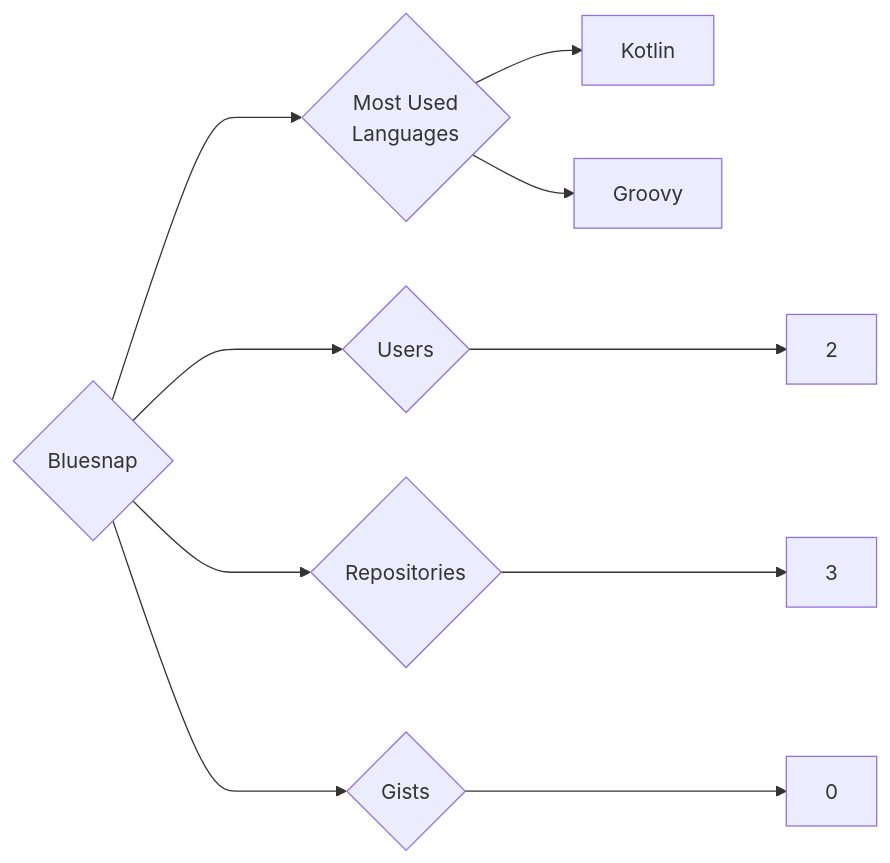
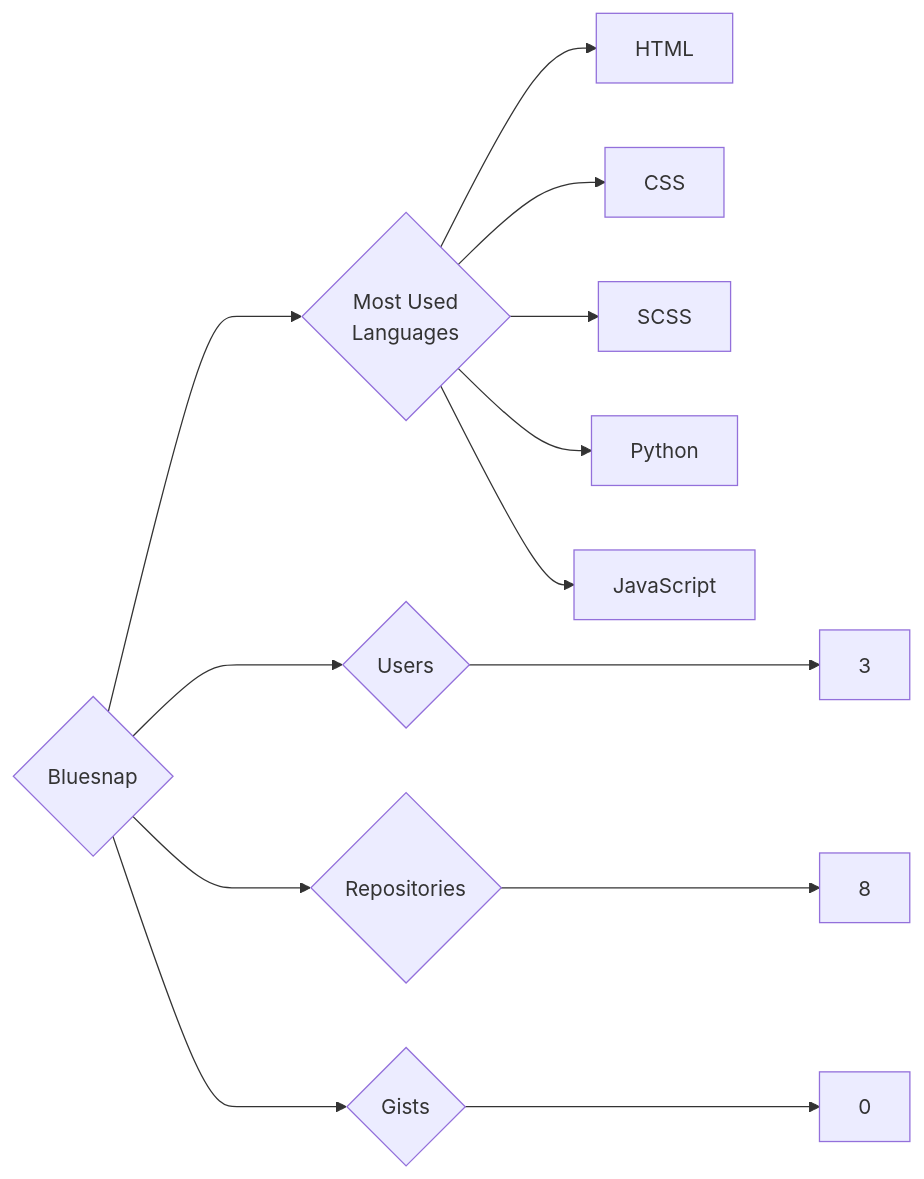
The diagram in targets/Bluesnap/README.md (trickest/insiders), drawn with Mermaid before and after one commit. The commit also changed 925 other files, not shown here.

````diff
--- a/targets/Bluesnap/README.md
+++ b/targets/Bluesnap/README.md
@@ -3,10 +3,13 @@
 ```mermaid
 graph LR
 COMPANY_NAME{Bluesnap}
-COMPANY_NAME ---> U{Users} ---> UN[2]
-COMPANY_NAME ---> R{Repositories} ---> RN[3]
+COMPANY_NAME ---> U{Users} ---> UN[3]
+COMPANY_NAME ---> R{Repositories} ---> RN[8]
 COMPANY_NAME ---> G{Gists} ---> GN[0]
 COMPANY_NAME ---> ML{Most Used<br>Languages}
-ML --> Kotlin[Kotlin]
-ML --> Groovy[Groovy]
+ML --> HTML[HTML]
+ML --> CSS[CSS]
+ML --> SCSS[SCSS]
+ML --> Python[Python]
+ML --> JavaScript[JavaScript]
 ```
````
